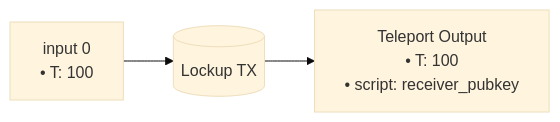
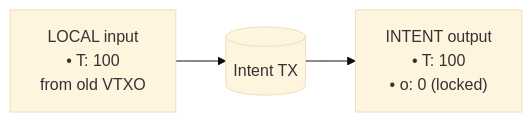
One commit to ArkLabsHQ/arkade-assets changed the seventh of 11 diagrams in examples.md. Above: the diagram before and after it, drawn with Mermaid (base theme). The commit also changed other lines of this file and 6 other files, not shown here.

````diff
--- a/examples.md
+++ b/examples.md
@@ -410,7 +349,6 @@
 ```mermaid
 flowchart LR
-  LockupTX[(Lockup TX)]
-  i0["input 0<br/>• T: 100"] --> LockupTX
-  LockupTX --> o_teleport["Teleport Output<br/>• T: 100<br/>• script: receiver_pubkey"]
-
+  IntentTX[(Intent TX)]
+  i0["LOCAL input<br/>• T: 100<br/>from old VTXO"] --> IntentTX
+  IntentTX --> o_intent["INTENT output<br/>• T: 100<br/>• o: 0 (locked)"]
 ```
````
